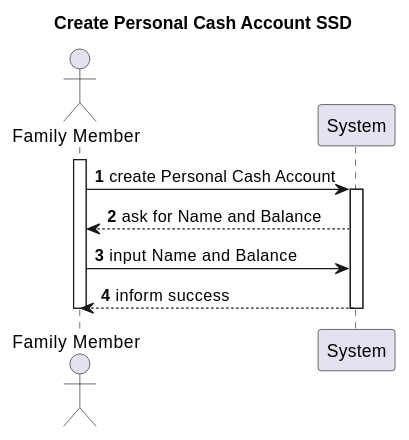
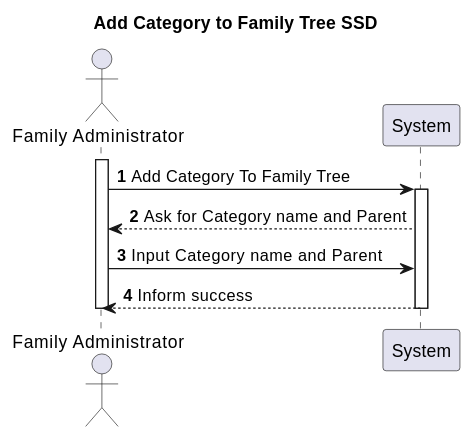
The first of 3 diagrams in docs/sprint2/user_stories/US111_AddCategoryToFamilyTree.md (tomas-osswald/switch_2020_g3), drawn with PlantUML before and after one commit. The commit also changed other lines of this file and 2 other files, not shown here.

`````diff
--- a/docs/sprint2/user_stories/US111_AddCategoryToFamilyTree.md
+++ b/docs/sprint2/user_stories/US111_AddCategoryToFamilyTree.md
@@ -23,17 +24,17 @@
 ```` puml
 
     autonumber
-    title Create Personal Cash Account SSD
-    actor "Family Member" as systemManager
+    title Add Category to Family Tree SSD
+    actor "Family Administrator" as systemManager
     participant "System" as system
 
     activate systemManager
-    systemManager -> system: create Personal Cash Account
+    systemManager -> system: Add Category To Family Tree
     activate system
-   system --> systemManager: ask for Name and Balance
-   systemManager->system: input Name and Balance
-    system --> systemManager: inform success
+   system --> systemManager: Ask for Category name and Parent
+   systemManager->system: Input Category name and Parent
+    system --> systemManager: Inform success
     deactivate system
     deactivate systemManager
 @endpuml
 ````
`````
